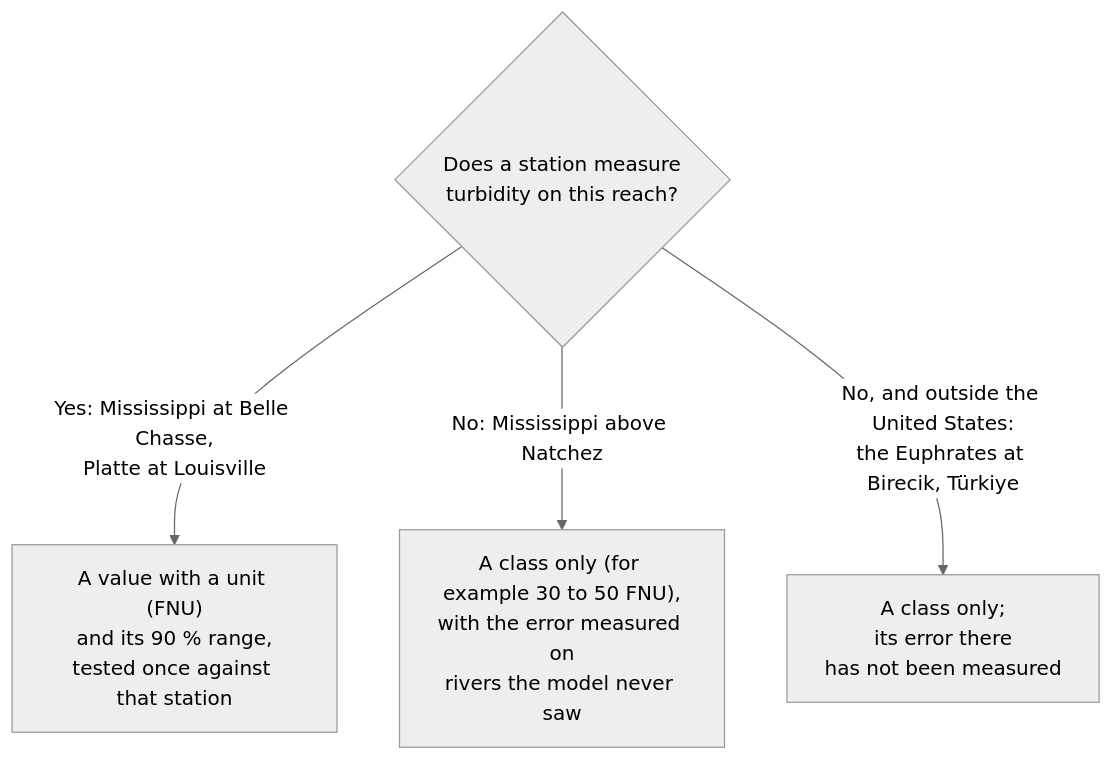
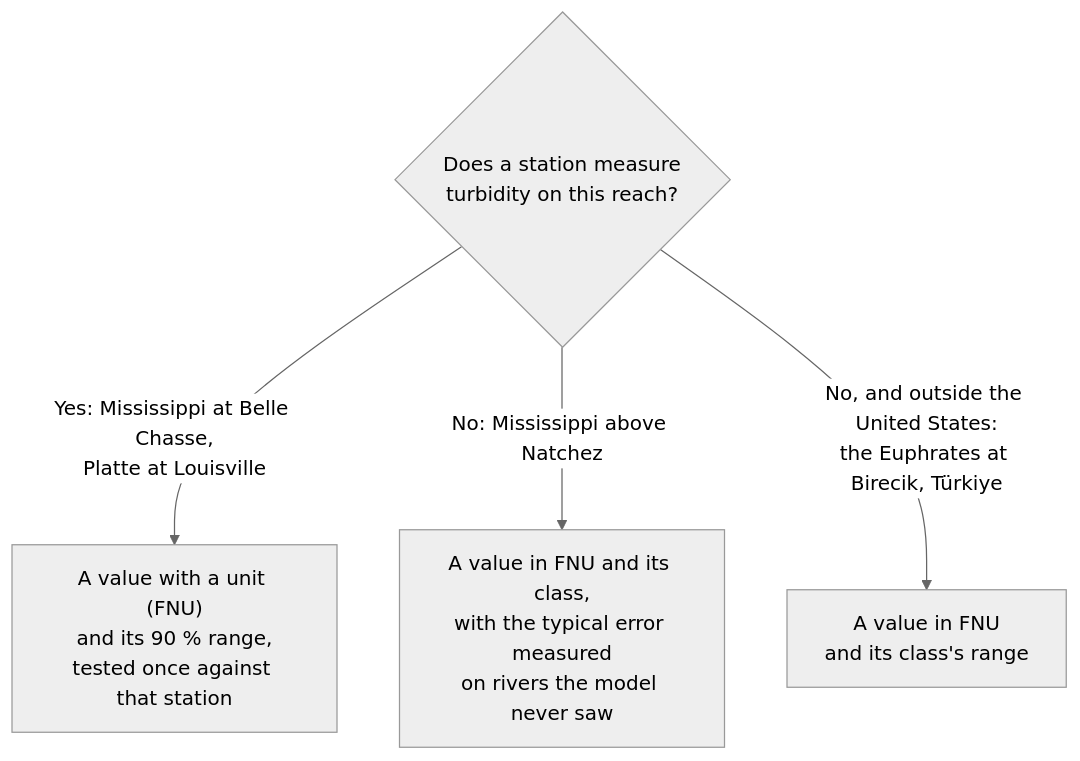
The second of 2 diagrams in README.md (saulo1112/RiverEtch), drawn with Mermaid (neutral theme) before and after one commit. The commit also changed other lines of this file and 27 other files, not shown here.

Commit message:
feat: the turbidity value with its typical error or class range, on every stretch with a reading

````diff
--- a/README.md
+++ b/README.md
@@ -77,7 +77,7 @@
 ```mermaid
 flowchart TD
   Q{"Does a station measure<br/>turbidity on this reach?"}
   Q -->|"Yes: Mississippi at Belle Chasse,<br/>Platte at Louisville"| A["A value with a unit (FNU)<br/>and its 90 % range,<br/>tested once against that station"]
-  Q -->|"No: Mississippi above Natchez"| B["A class only (for example 30 to 50 FNU),<br/>with the error measured on<br/>rivers the model never saw"]
-  Q -->|"No, and outside the United States:<br/>the Euphrates at Birecik, Türkiye"| C["A class only;<br/>its error there<br/>has not been measured"]
+  Q -->|"No: Mississippi above Natchez"| B["A value in FNU and its class,<br/>with the typical error measured<br/>on rivers the model never saw"]
+  Q -->|"No, and outside the United States:<br/>the Euphrates at Birecik, Türkiye"| C["A value in FNU<br/>and its class's range"]
 ```
````
